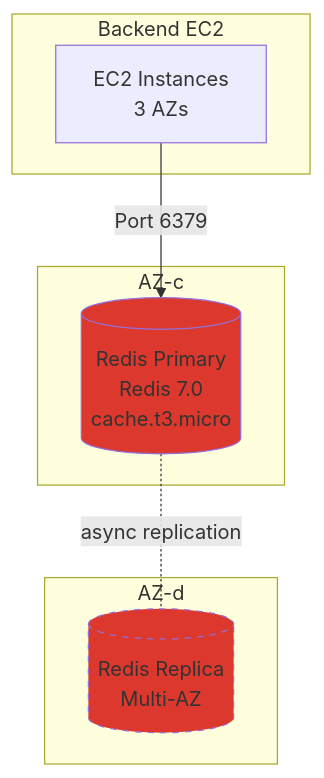
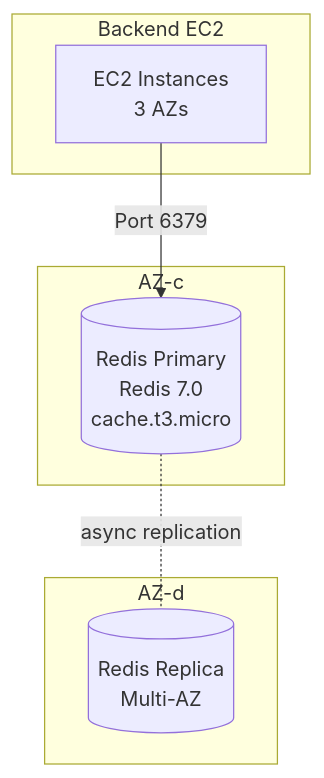
The sixth of 9 diagrams in ARCHITECTURE.md (OrangesCloud/wealist-terraform-prod), drawn with Mermaid before and after one commit. The commit also changed other lines of this file, not shown here.

````diff
--- a/ARCHITECTURE.md
+++ b/ARCHITECTURE.md
@@ -480,20 +443,17 @@
 ```mermaid
 graph TB
     subgraph "Backend EC2"
         EC2[EC2 Instances<br/>3 AZs]
     end
 
     subgraph "AZ-c"
         REDIS_PRIMARY[(Redis Primary<br/>Redis 7.0<br/>cache.t3.micro)]
     end
 
     subgraph "AZ-d"
         REDIS_REPLICA[(Redis Replica<br/>Multi-AZ)]
     end
 
     EC2 -->|Port 6379| REDIS_PRIMARY
     REDIS_PRIMARY -.async replication.- REDIS_REPLICA
-
-    style REDIS_PRIMARY fill:#DC382D
-    style REDIS_REPLICA fill:#DC382D,stroke-dasharray: 5 5
 ```
````
